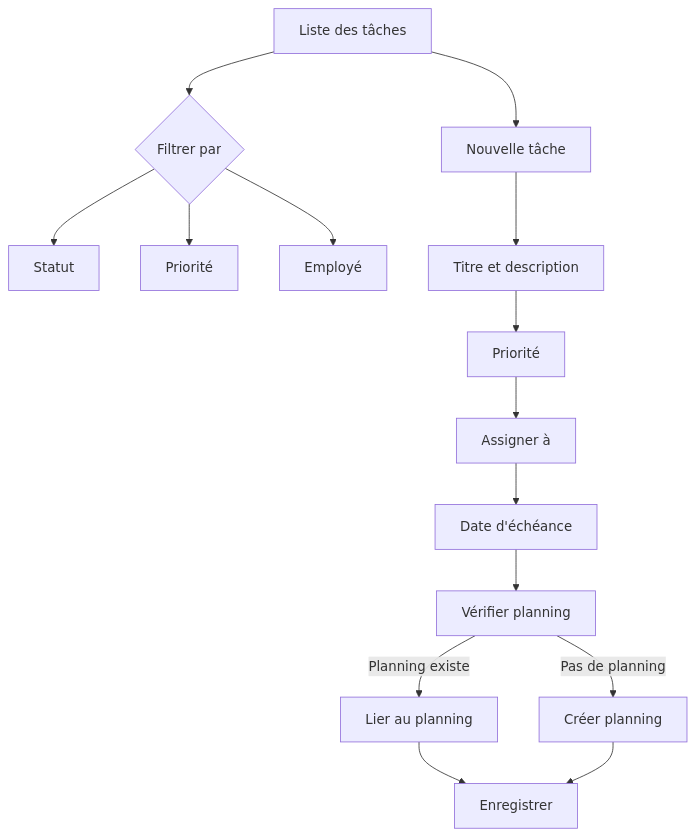
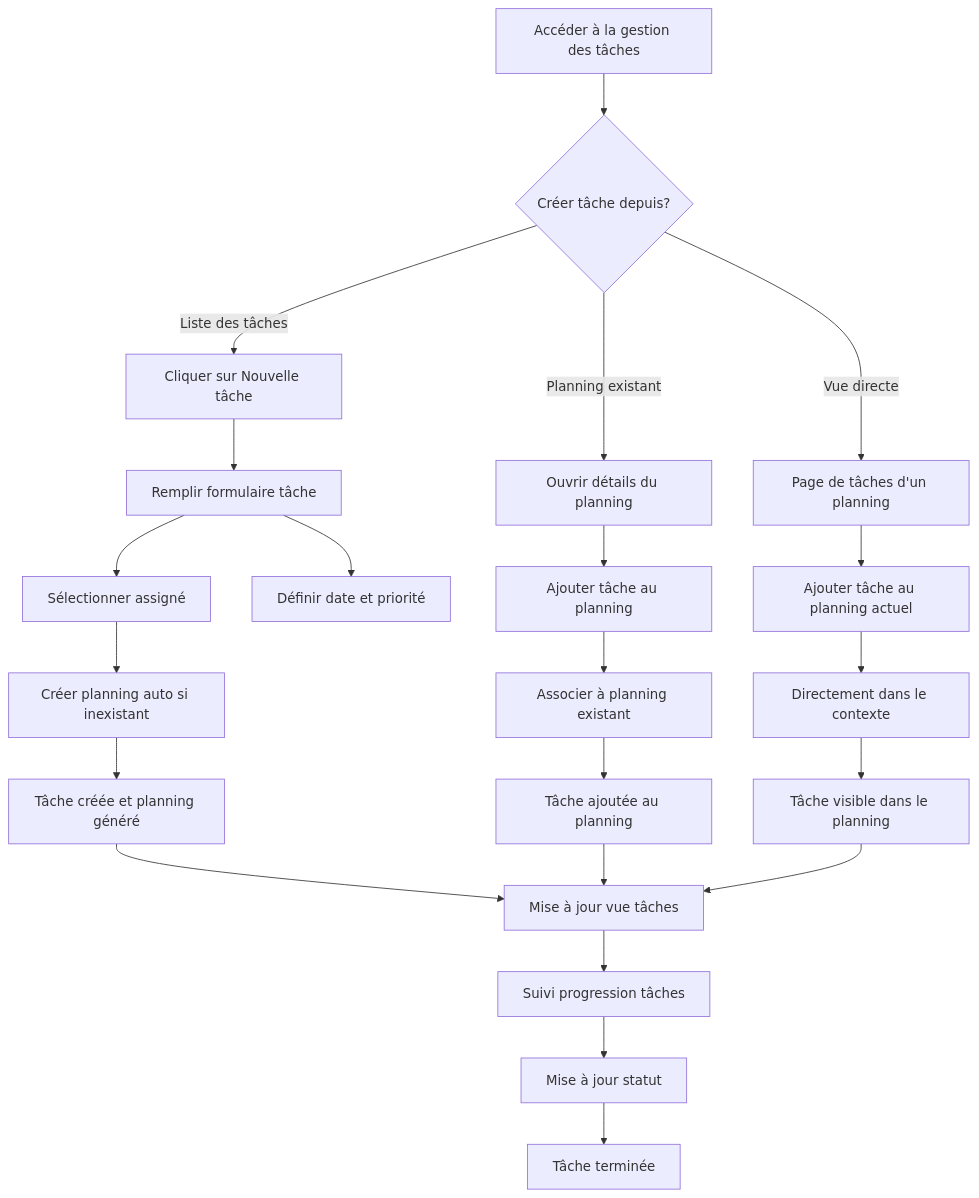
One commit to IA-Marketings-Team/hotel-mate-systems changed the second of 5 diagrams in src/docs/SystemWorkflow.md. Above: the diagram before and after it, drawn with Mermaid. The commit also changed other lines of this file and 9 other files, not shown here.

````diff
--- a/src/docs/SystemWorkflow.md
+++ b/src/docs/SystemWorkflow.md
@@ -72,18 +41,31 @@
 ```mermaid
 flowchart TD
-    A[Liste des tâches] --> B{Filtrer par}
-    B --> C[Statut]
-    B --> D[Priorité]
-    B --> E[Employé]
+    A[Accéder à la gestion des tâches] --> B{Créer tâche depuis?}
     
-    A --> F[Nouvelle tâche]
-    F --> G[Titre et description]
-    G --> H[Priorité]
-    H --> I[Assigner à]
-    I --> J[Date d'échéance]
-    J --> K[Vérifier planning]
-    K -->|Planning existe| L[Lier au planning]
-    K -->|Pas de planning| M[Créer planning]
-    L --> N[Enregistrer]
-    M --> N
+    B -->|Liste des tâches| C[Cliquer sur Nouvelle tâche]
+    B -->|Planning existant| D[Ouvrir détails du planning]
+    B -->|Vue directe| E[Page de tâches d'un planning]
+    
+    C --> F[Remplir formulaire tâche]
+    D --> G[Ajouter tâche au planning]
+    E --> H[Ajouter tâche au planning actuel]
+    
+    F --> I[Sélectionner assigné]
+    F --> J[Définir date et priorité]
+    I --> K[Créer planning auto si inexistant]
+    
+    G --> L[Associer à planning existant]
+    H --> M[Directement dans le contexte]
+    
+    K --> N[Tâche créée et planning généré]
+    L --> O[Tâche ajoutée au planning]
+    M --> P[Tâche visible dans le planning]
+    
+    N --> Q[Mise à jour vue tâches]
+    O --> Q
+    P --> Q
+    
+    Q --> R[Suivi progression tâches]
+    R --> S[Mise à jour statut]
+    S --> T[Tâche terminée]
 ```
````
